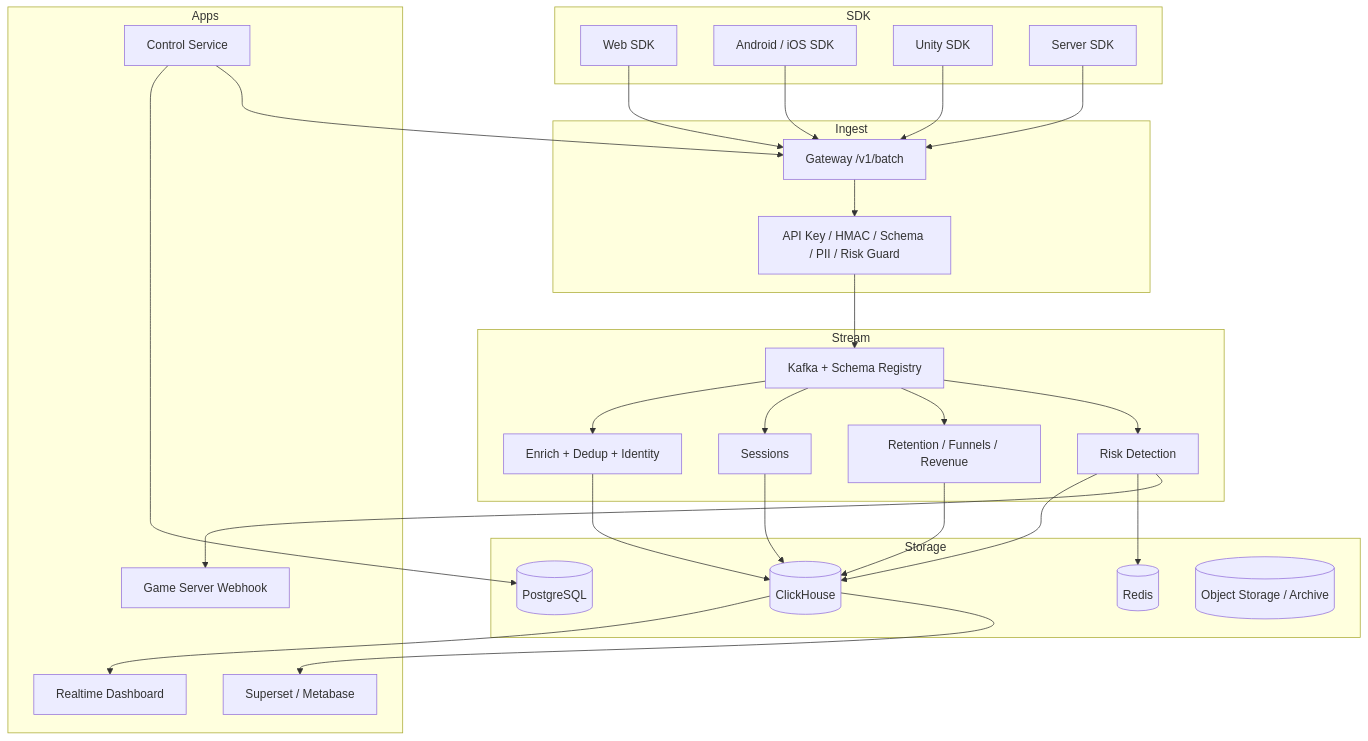
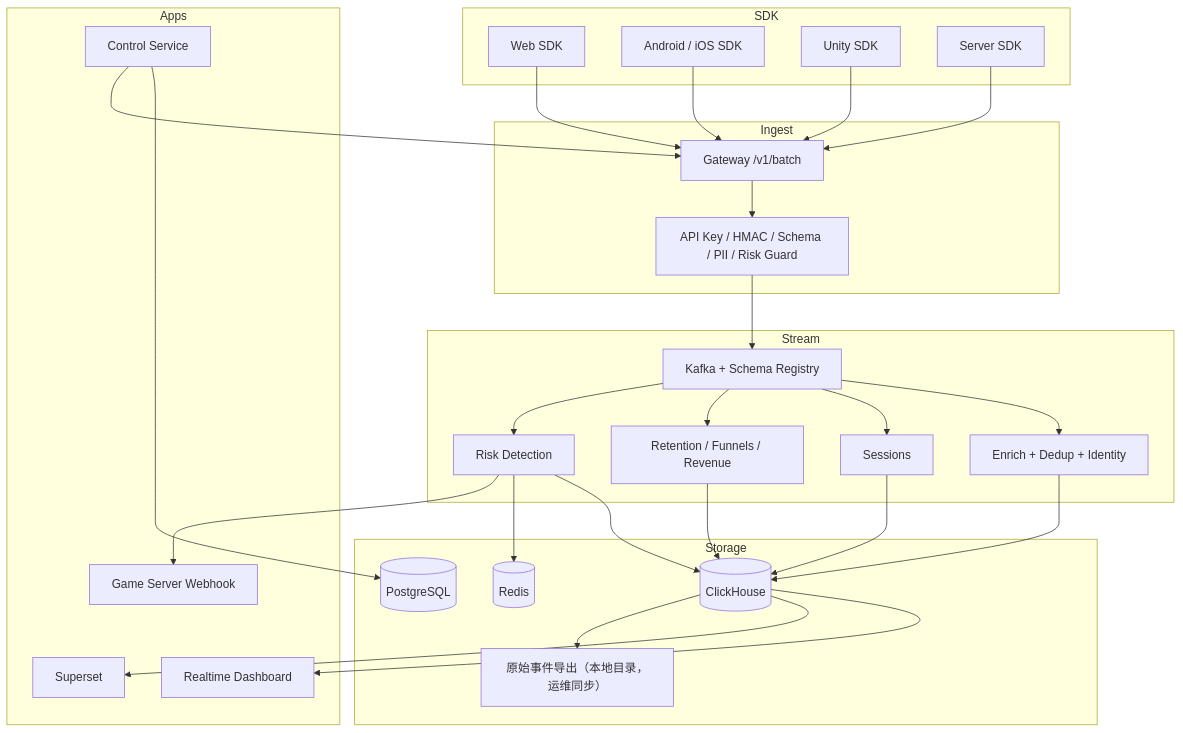
The diagram in README.zh.md (cuihairu/oddsmaker), drawn with Mermaid before and after one commit. The commit also changed 16 other files, not shown here.

````diff
--- a/README.zh.md
+++ b/README.zh.md
@@ -61,57 +61,58 @@
 ```mermaid
 flowchart TB
     subgraph SDK
         Web[Web SDK]
         Mobile[Android / iOS SDK]
         Unity[Unity SDK]
         Server[Server SDK]
     end
 
     subgraph Ingest
         Gateway[Gateway /v1/batch]
         Guard[API Key / HMAC / Schema / PII / Risk Guard]
     end
 
     subgraph Stream
         Kafka[Kafka + Schema Registry]
         Enrich[Enrich + Dedup + Identity]
         Session[Sessions]
         Analytics[Retention / Funnels / Revenue]
         Risk[Risk Detection]
     end
 
     subgraph Storage
         ClickHouse[(ClickHouse)]
         Postgres[(PostgreSQL)]
         Redis[(Redis)]
-        Archive[(Object Storage / Archive)]
+        Archive["原始事件导出（本地目录，运维同步）"]
     end
 
     subgraph Apps
         Control[Control Service]
         Dashboard[Realtime Dashboard]
-        BI[Superset / Metabase]
+        BI[Superset]
         Webhook[Game Server Webhook]
     end
 
     Web --> Gateway
     Mobile --> Gateway
     Unity --> Gateway
     Server --> Gateway
     Gateway --> Guard
     Guard --> Kafka
     Kafka --> Enrich
     Kafka --> Session
     Kafka --> Analytics
     Kafka --> Risk
     Enrich --> ClickHouse
     Session --> ClickHouse
     Analytics --> ClickHouse
     Risk --> ClickHouse
     Risk --> Redis
     Risk --> Webhook
     Control --> Postgres
     Control --> Gateway
     ClickHouse --> Dashboard
     ClickHouse --> BI
+    ClickHouse --> Archive
 ```
````
